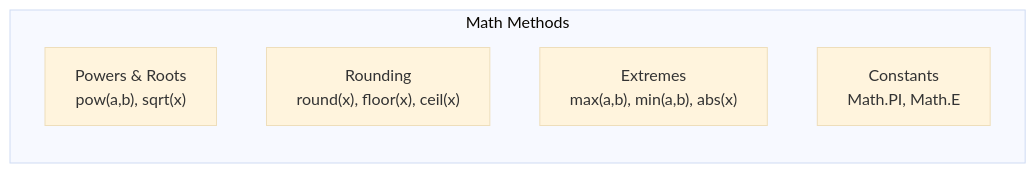
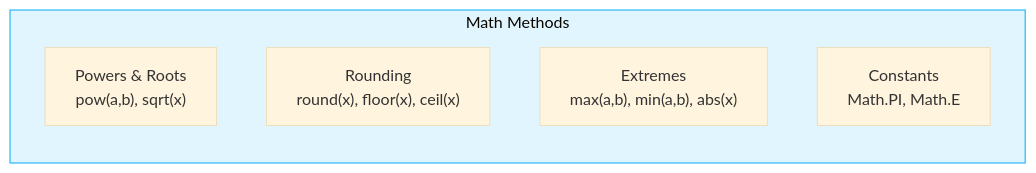
One commit to Mokshagnatej/Java-course changed the first of 2 diagrams in src/math_and_random/README.md. Above: the diagram before and after it, drawn with Mermaid (base theme). The commit also changed other lines of this file and 15 other files, not shown here.

````diff
--- a/src/math_and_random/README.md
+++ b/src/math_and_random/README.md
@@ -26,9 +60,11 @@
 ```mermaid
 graph LR
     subgraph MATH_CLASS["Math Methods"]
         EXP["Powers & Roots\npow(a,b), sqrt(x)"]
         ROUND["Rounding\nround(x), floor(x), ceil(x)"]
         COMP["Extremes\nmax(a,b), min(a,b), abs(x)"]
         CONST["Constants\nMath.PI, Math.E"]
     end
+
+    style MATH_CLASS fill:#E1F5FE,stroke:#03A9F4
 ```
````
